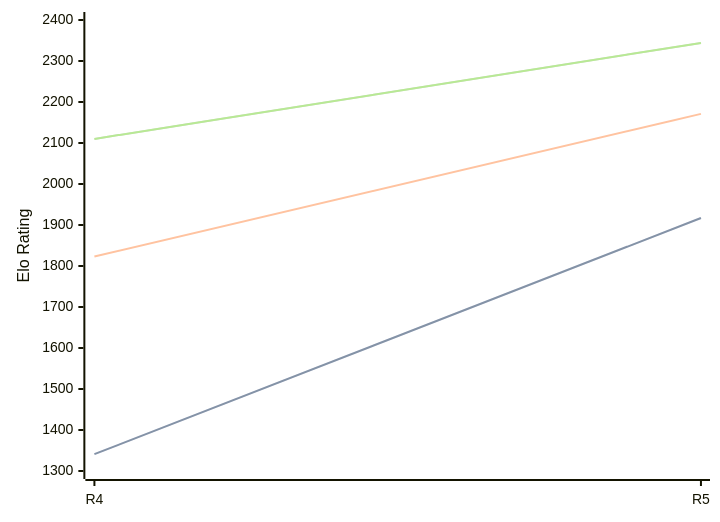
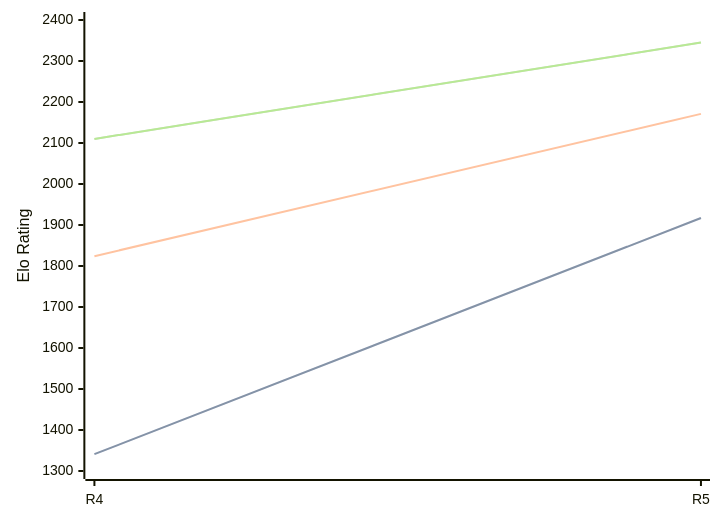
One commit to computer-chess-index/cci changed the first of 3 diagrams in engines/Viking.md. Above: the diagram before and after it, drawn with Mermaid. The commit also changed other lines of this file, not shown here.

Commit message:
Update CCI Ratings (ELO VLTC) - 2026-07-14

````diff
--- a/engines/Viking.md
+++ b/engines/Viking.md
@@ -35,11 +35,11 @@
 ```mermaid
 %%{init: {"theme":"base","themeVariables":{"seriesColors:['#a3a3a3','#222221','#faa371']}}}%%
 xychart-beta
   x-axis ["R4", "R5"]
   y-axis "Elo Rating" 1300 --> 2400
   line "STC (8.0+0.08s)" [1341, 1917]
   line "STC (8.0+0.08s)" [1341, 1917]
-  line "LTC (60.0+0.60s)" [1823, 2171]
-  line "VLTC (2m24s+1.12s)" [2110, 2344]
-  line "VLTC (2m24s+1.12s)" [2110, 2344]
+  line "LTC (60.0+0.60s)" [1824, 2171]
+  line "VLTC (2m24s+1.12s)" [2110, 2345]
+  line "VLTC (2m24s+1.12s)" [2110, 2345]
 ```
````
